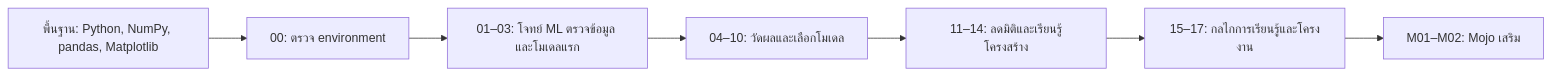
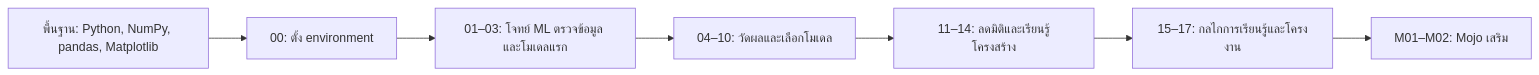
One commit to KOPE-SOLUTION/machine-learning changed the diagram in README.md. Above: the diagram before and after it, drawn with Mermaid. The commit also changed other lines of this file and 10 other files, not shown here.

````diff
--- a/README.md
+++ b/README.md
@@ -45,9 +49,9 @@
 ```mermaid
 flowchart LR
-  P["พื้นฐาน: Python, NumPy, pandas, Matplotlib"] --> R["00: ตรวจ environment"]
+  P["พื้นฐาน: Python, NumPy, pandas, Matplotlib"] --> R["00: ตั้ง environment"]
   R --> A["01–03: โจทย์ ML ตรวจข้อมูล และโมเดลแรก"]
   A --> B["04–10: วัดผลและเลือกโมเดล"]
   B --> C["11–14: ลดมิติและเรียนรู้โครงสร้าง"]
   C --> D["15–17: กลไกการเรียนรู้และโครงงาน"]
   D --> E["M01–M02: Mojo เสริม"]
 ```
````
